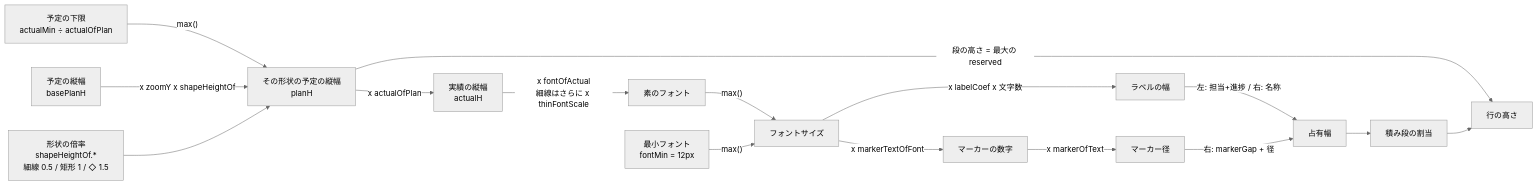
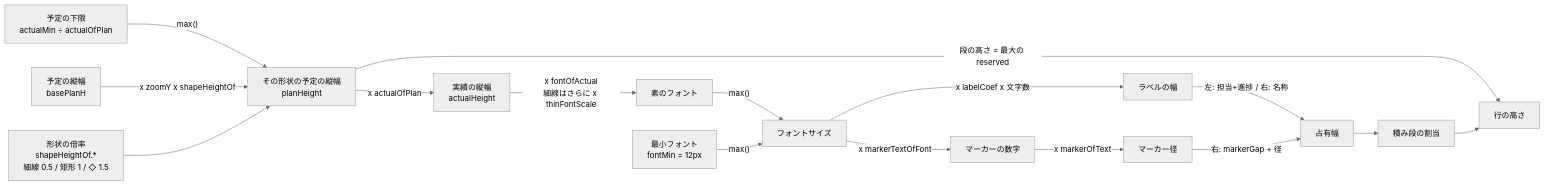
The first of 3 diagrams in handover/03-ui-naming/handover-ui-detail-spec-ja.md (GoodRelax/gr-scheduler), drawn with Mermaid (neutral theme) before and after one commit. The commit also changed other lines of this file and 23 other files, not shown here.

````diff
--- a/handover/03-ui-naming/handover-ui-detail-spec-ja.md
+++ b/handover/03-ui-naming/handover-ui-detail-spec-ja.md
@@ -580,33 +575,33 @@
 ```mermaid
 graph LR
     basePlanH["予定の縦幅<br/>basePlanH"]
     shapeHeightOf["形状の倍率<br/>shapeHeightOf.*<br/>細線 0.5 / 矩形 1 / ◇ 1.5"]
-    planH["その形状の予定の縦幅<br/>planH"]
-    actualH["実績の縦幅<br/>actualH"]
+    planHeight["その形状の予定の縦幅<br/>planHeight"]
+    actualHeight["実績の縦幅<br/>actualHeight"]
     fontRaw["素のフォント"]
     fontMin["最小フォント<br/>fontMin = 12px"]
     fontSize["フォントサイズ"]
     markText["マーカーの数字"]
     markerSize["マーカー径"]
     labelW["ラベルの幅"]
     occW["占有幅"]
     stackCount["積み段の割当"]
     rowH["行の高さ"]
 
     planFloor["予定の下限<br/>actualMin ÷ actualOfPlan"]
-    planFloor -- "max()" --> planH
-    basePlanH -- "x zoomY x shapeHeightOf" --> planH
-    shapeHeightOf --> planH
-    planH -- "x actualOfPlan" --> actualH
-    actualH -- "x fontOfActual<br/>細線はさらに x thinFontScale" --> fontRaw
+    planFloor -- "max()" --> planHeight
+    basePlanH -- "x zoomY x shapeHeightOf" --> planHeight
+    shapeHeightOf --> planHeight
+    planHeight -- "x actualOfPlan" --> actualHeight
+    actualHeight -- "x fontOfActual<br/>細線はさらに x thinFontScale" --> fontRaw
     fontRaw -- "max()" --> fontSize
     fontMin -- "max()" --> fontSize
     fontSize -- "x markerTextOfFont" --> markText
     markText -- "x markerOfText" --> markerSize
     fontSize -- "x labelCoef x 文字数" --> labelW
     labelW -- "左: 担当+進捗 / 右: 名称" --> occW
     markerSize -- "右: markerGap + 径" --> occW
     occW --> stackCount
-    planH -- "段の高さ = 最大の reserved" --> rowH
+    planHeight -- "段の高さ = 最大の reserved" --> rowH
     stackCount --> rowH
 ```
````
